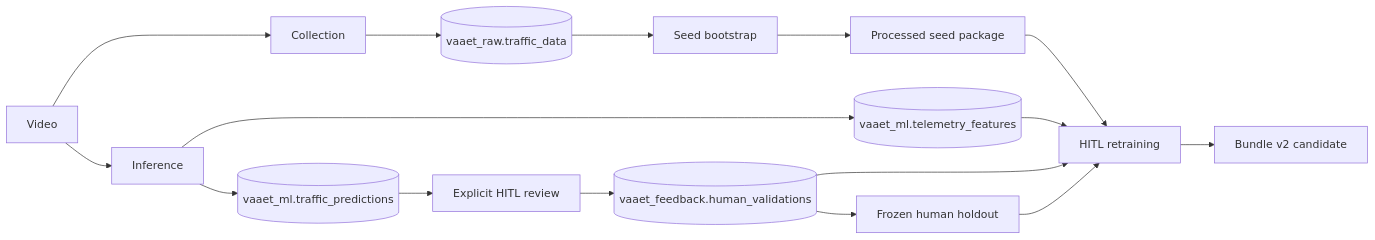
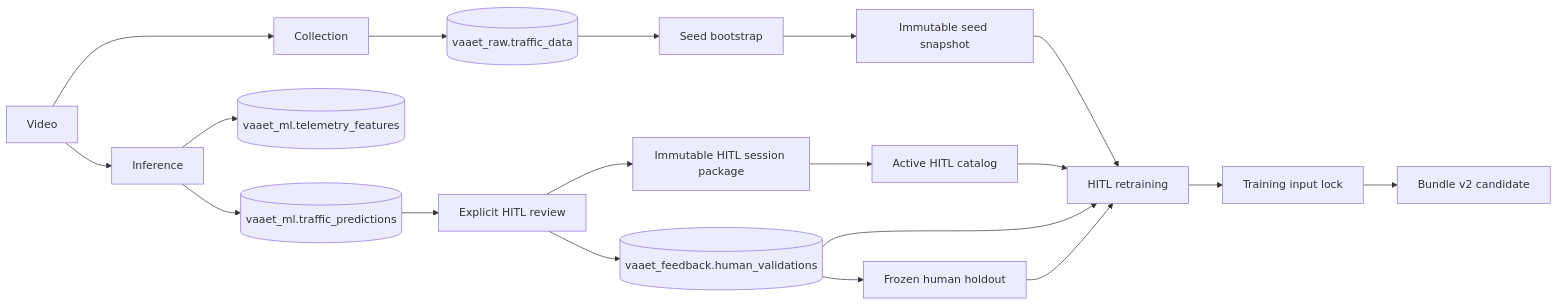
One commit to aka-titesen/vaaet changed the diagram in docs/architecture/data-lineage.md. Above: the diagram before and after it, drawn with Mermaid. The commit also changed other lines of this file and 40 other files, not shown here.

````diff
--- a/docs/architecture/data-lineage.md
+++ b/docs/architecture/data-lineage.md
@@ -5,18 +5,21 @@
 ```mermaid
 flowchart LR
     V["Video"] --> C["Collection"]
     C --> R[("vaaet_raw.traffic_data")]
     V --> I["Inference"]
     I --> F[("vaaet_ml.telemetry_features")]
     I --> P[("vaaet_ml.traffic_predictions")]
     P --> Q["Explicit HITL review"]
     Q --> H[("vaaet_feedback.human_validations")]
+    Q --> HP["Immutable HITL session package"]
+    HP --> HC["Active HITL catalog"]
     R --> S["Seed bootstrap"]
-    S --> SP["Processed seed package"]
+    S --> SP["Immutable seed snapshot"]
     SP --> T["HITL retraining"]
-    F --> T
+    HC --> T
     H --> T
     H --> HO["Frozen human holdout"]
     HO --> T
-    T --> B["Bundle v2 candidate"]
+    T --> L["Training input lock"]
+    L --> B["Bundle v2 candidate"]
 ```
````
